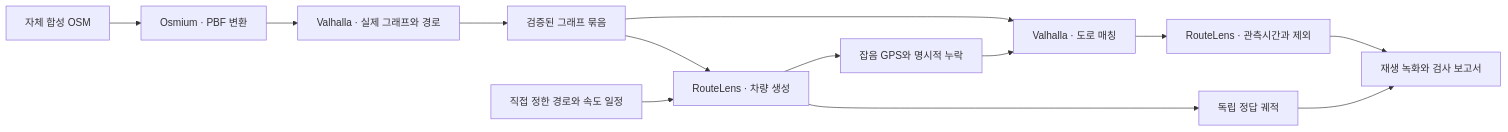
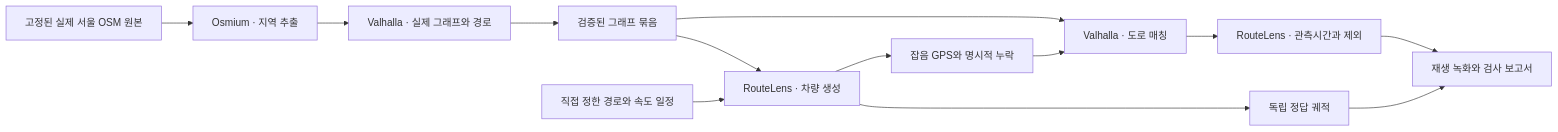
One commit to dicebattle/roadmesh changed the diagram in README.ko.md. Above: the diagram before and after it, drawn with Mermaid. The commit also changed other lines of this file and 33 other files, not shown here.

````diff
--- a/README.ko.md
+++ b/README.ko.md
@@ -65,15 +67,15 @@
 ```mermaid
 flowchart LR
-  F[자체 합성 OSM] --> O[Osmium · PBF 변환]
+  F[고정된 실제 서울 OSM 원본] --> O[Osmium · 지역 추출]
   O --> V[Valhalla · 실제 그래프와 경로]
   V --> G[검증된 그래프 묶음]
   S[직접 정한 경로와 속도 일정] --> P[RouteLens · 차량 생성]
   G --> P
   P --> T[독립 정답 궤적]
   P --> N[잡음 GPS와 명시적 누락]
   T --> R[재생 녹화와 검사 보고서]
   G --> M[Valhalla · 도로 매칭]
   N --> M
   M --> A[RouteLens · 관측시간과 제외]
   A --> R
 ```
````
